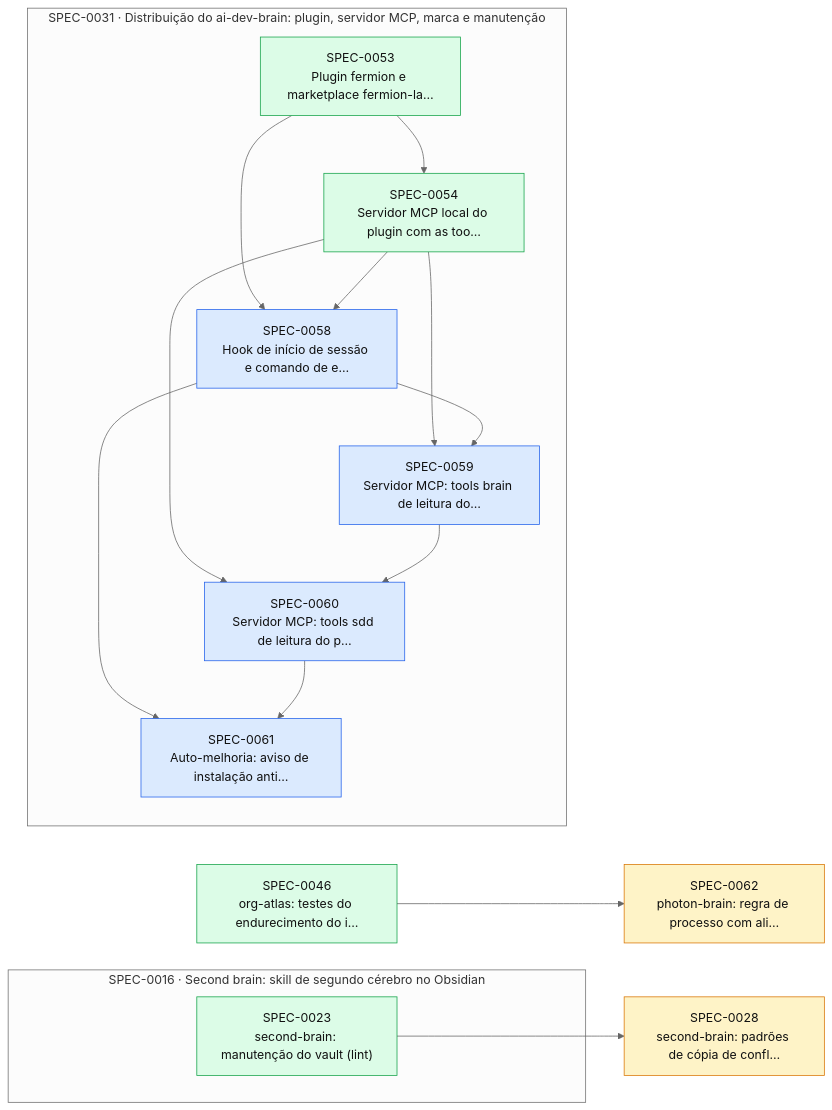
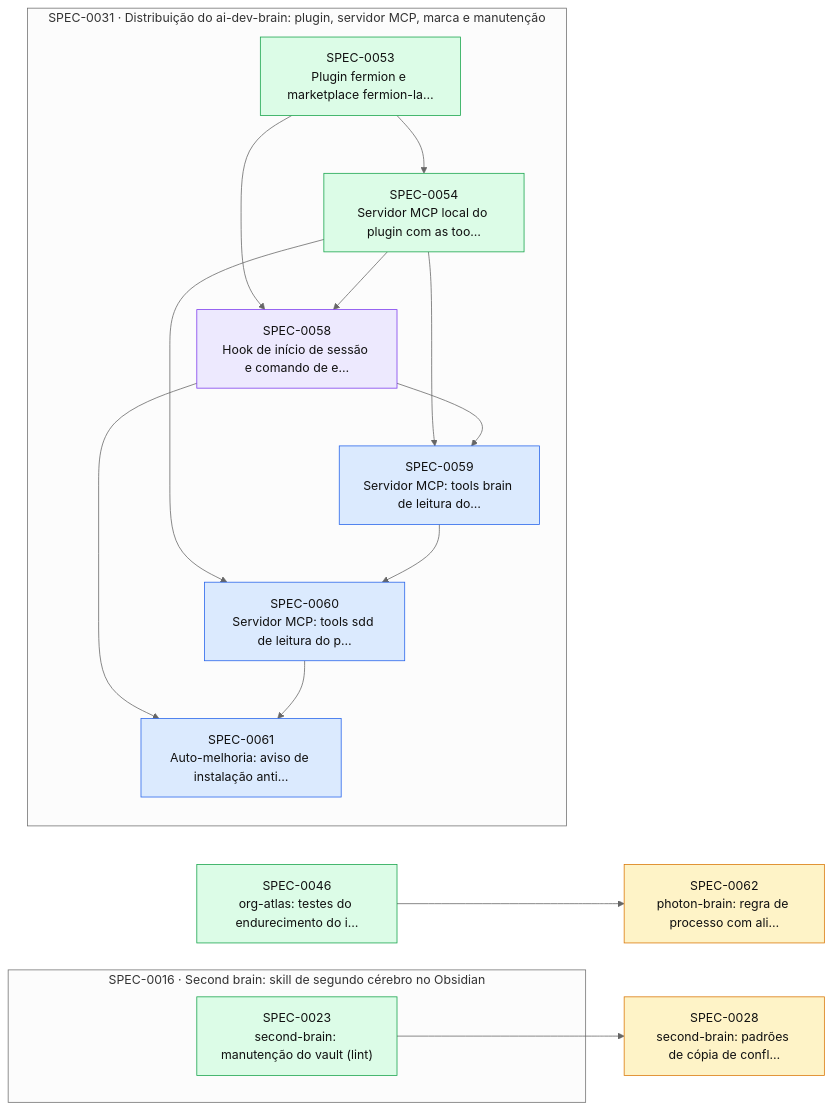
Before and after one commit to thomasravache/ai-dev-brain: the diagram in docs/specs/INDEX.md, drawn with Mermaid (neutral theme). The commit also changed other lines of this file and 1 other file, not shown here.

First line of the commit message:
docs(specs): PLAN da SPEC-0058

````diff
--- a/docs/specs/INDEX.md
+++ b/docs/specs/INDEX.md
@@ -53,33 +53,33 @@
 ```mermaid
 flowchart LR
   S0028["SPEC-0028<br/>second-brain: padrões de cópia de confl…"]:::proposed
   S0046["SPEC-0046<br/>org-atlas: testes do endurecimento do i…"]:::implemented
   S0062["SPEC-0062<br/>photon-brain: regra de processo com ali…"]:::proposed
   subgraph E0016["SPEC-0016 · Second brain: skill de segundo cérebro no Obsidian"]
     S0023["SPEC-0023<br/>second-brain: manutenção do vault (lint)"]:::implemented
   end
   subgraph E0031["SPEC-0031 · Distribuição do ai-dev-brain: plugin, servidor MCP, marca e manutenção"]
     S0053["SPEC-0053<br/>Plugin fermion e marketplace fermion-la…"]:::implemented
     S0054["SPEC-0054<br/>Servidor MCP local do plugin com as too…"]:::implemented
-    S0058["SPEC-0058<br/>Hook de início de sessão e comando de e…"]:::approved
+    S0058["SPEC-0058<br/>Hook de início de sessão e comando de e…"]:::inprogress
     S0059["SPEC-0059<br/>Servidor MCP: tools brain de leitura do…"]:::approved
     S0060["SPEC-0060<br/>Servidor MCP: tools sdd de leitura do p…"]:::approved
     S0061["SPEC-0061<br/>Auto-melhoria: aviso de instalação anti…"]:::approved
   end
   S0023 --> S0028
   S0053 --> S0054
   S0053 --> S0058
   S0054 --> S0058
   S0054 --> S0059
   S0058 --> S0059
   S0054 --> S0060
   S0059 --> S0060
   S0058 --> S0061
   S0060 --> S0061
   S0046 --> S0062
   classDef proposed fill:#fef3c7,stroke:#d97706,color:#111
   classDef approved fill:#dbeafe,stroke:#2563eb,color:#111
   classDef inprogress fill:#ede9fe,stroke:#7c3aed,color:#111
   classDef implemented fill:#dcfce7,stroke:#16a34a,color:#111
   classDef deprecated fill:#f3f4f6,stroke:#9ca3af,color:#6b7280
 ```
````
